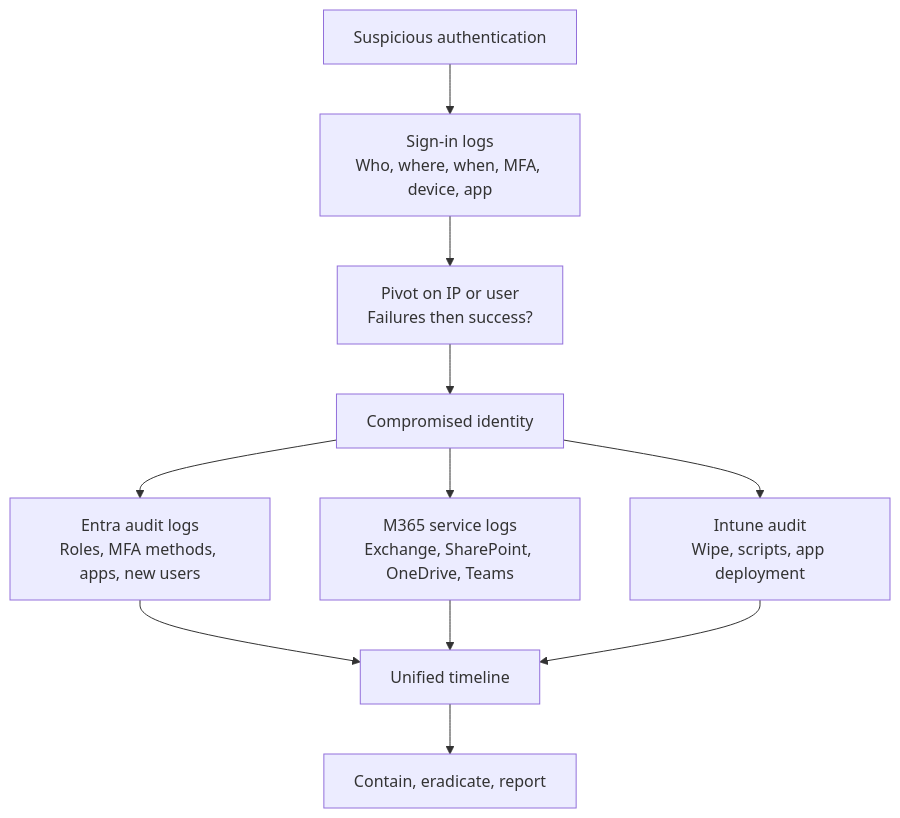
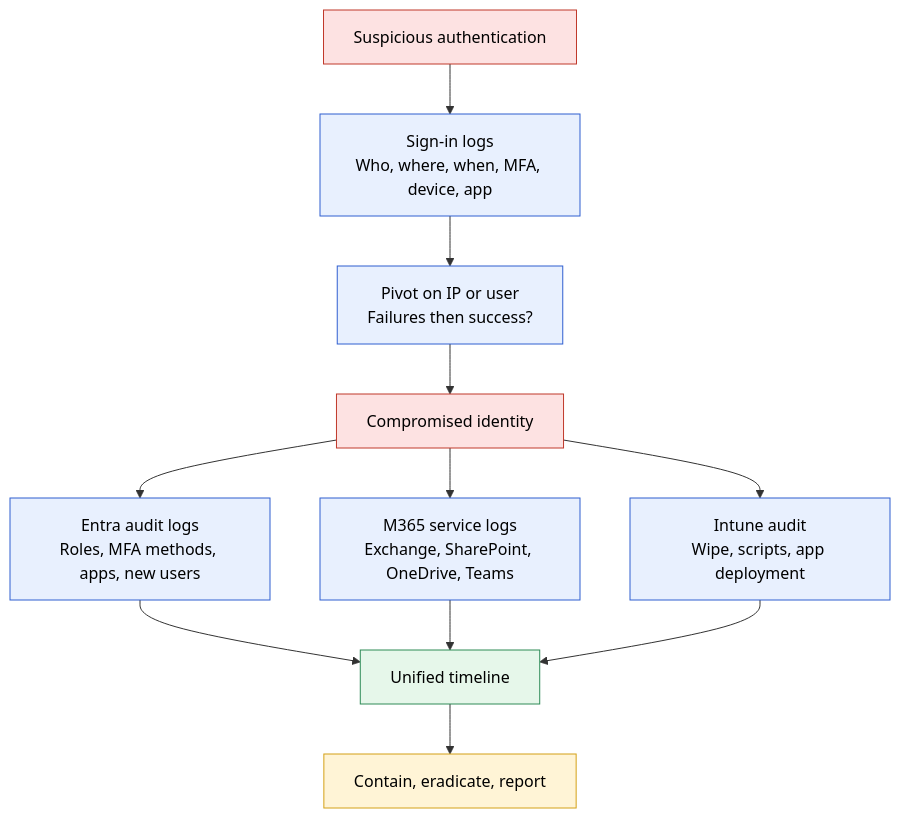
One commit to KdMenon007/Splunk-Projects changed the first of 3 diagrams in 03 - Operation Cloud Mailwatch/README.md. Above: the diagram before and after it, drawn with Mermaid. The commit also changed other lines of this file, not shown here.

````diff
--- a/03 - Operation Cloud Mailwatch/README.md
+++ b/03 - Operation Cloud Mailwatch/README.md
@@ -34,13 +34,22 @@
 ```mermaid
 flowchart TD
     A["Suspicious authentication"] --> B["Sign-in logs<br/>Who, where, when, MFA, device, app"]
     B --> C["Pivot on IP or user<br/>Failures then success?"]
     C --> D["Compromised identity"]
     D --> E["Entra audit logs<br/>Roles, MFA methods, apps, new users"]
     D --> F["M365 service logs<br/>Exchange, SharePoint, OneDrive, Teams"]
     D --> G["Intune audit<br/>Wipe, scripts, app deployment"]
     E --> H["Unified timeline"]
     F --> H
     G --> H
     H --> I["Contain, eradicate, report"]
+
+    classDef atk fill:#fde2e2,stroke:#c0392b,color:#000;
+    classDef log fill:#e8f0fe,stroke:#2f5fd0,color:#000;
+    classDef det fill:#e6f7ea,stroke:#2e8b57,color:#000;
+    classDef ir fill:#fff4d6,stroke:#d4a017,color:#000;
+    class A,D atk;
+    class B,C,E,F,G log;
+    class H det;
+    class I ir;
 ```
````
